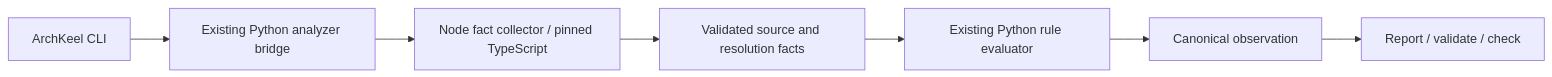
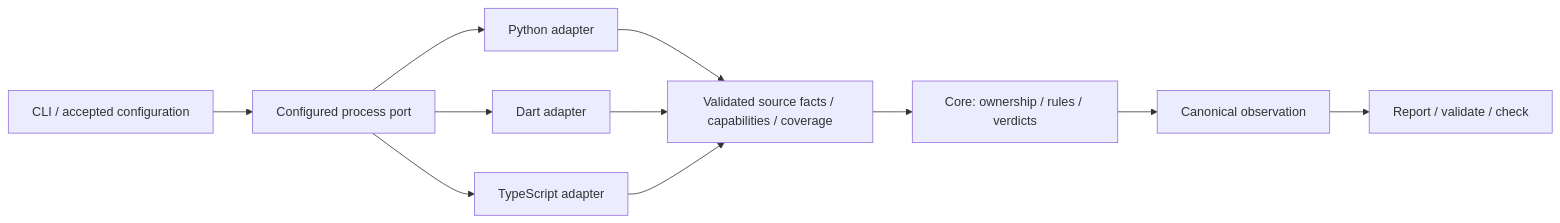
Before and after one commit to rapiddweller/archkeel: the diagram in docs/architecture/typescript-foundation-proposal.md, drawn with Mermaid. The commit also changed other lines of this file and 3 other files, not shown here.

Commit message:
Require replaceable language adapters before TypeScript

````diff
--- a/docs/architecture/typescript-foundation-proposal.md
+++ b/docs/architecture/typescript-foundation-proposal.md
@@ -74,9 +82,13 @@
 ```mermaid
 flowchart LR
-  CLI[ArchKeel CLI] --> BRIDGE[Existing Python analyzer bridge]
-  BRIDGE --> NODE[Node fact collector / pinned TypeScript]
-  NODE --> FACTS[Validated source and resolution facts]
-  FACTS --> EVAL[Existing Python rule evaluator]
-  EVAL --> IR[Canonical observation]
-  IR --> CHECK[Report / validate / check]
+  CLI["CLI / accepted configuration"] --> PORT["Configured process port"]
+  PORT --> PY["Python adapter"]
+  PORT --> DART["Dart adapter"]
+  PORT --> TS["TypeScript adapter"]
+  PY --> FACTS["Validated source facts / capabilities / coverage"]
+  DART --> FACTS
+  TS --> FACTS
+  FACTS --> CORE["Core: ownership / rules / verdicts"]
+  CORE --> IR["Canonical observation"]
+  IR --> CHECK["Report / validate / check"]
 ```
````
